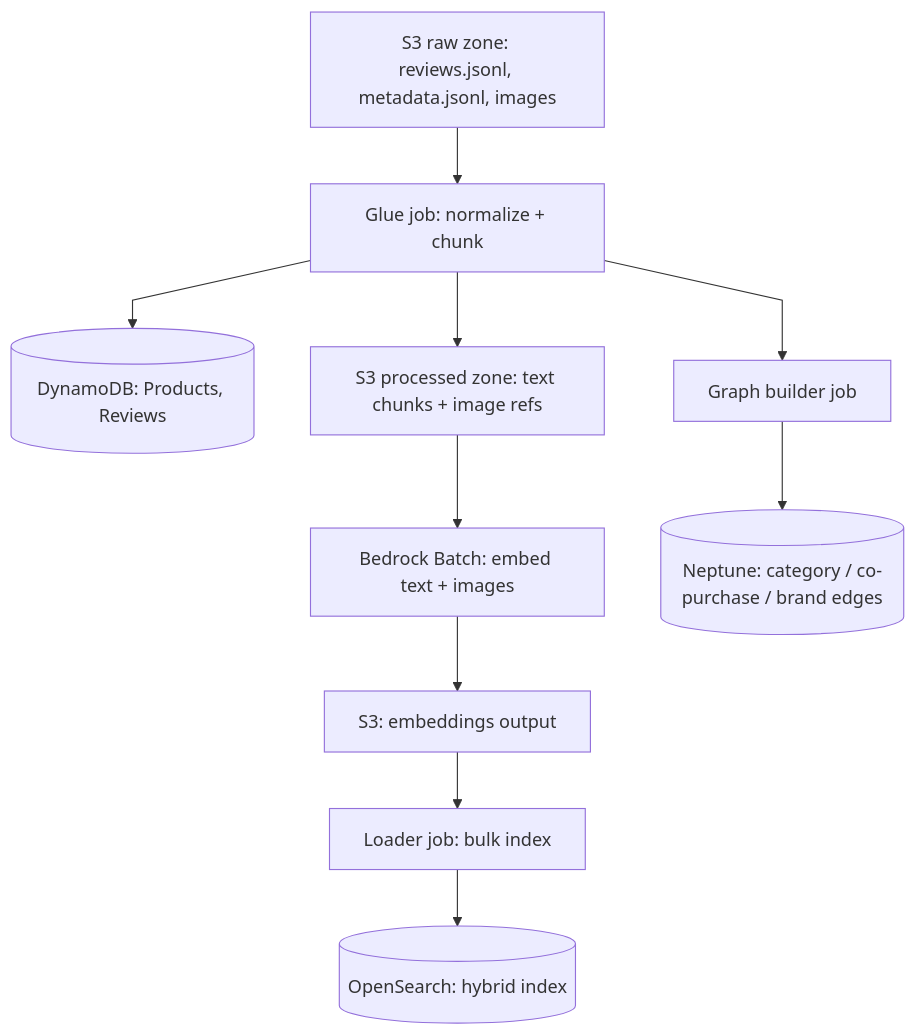
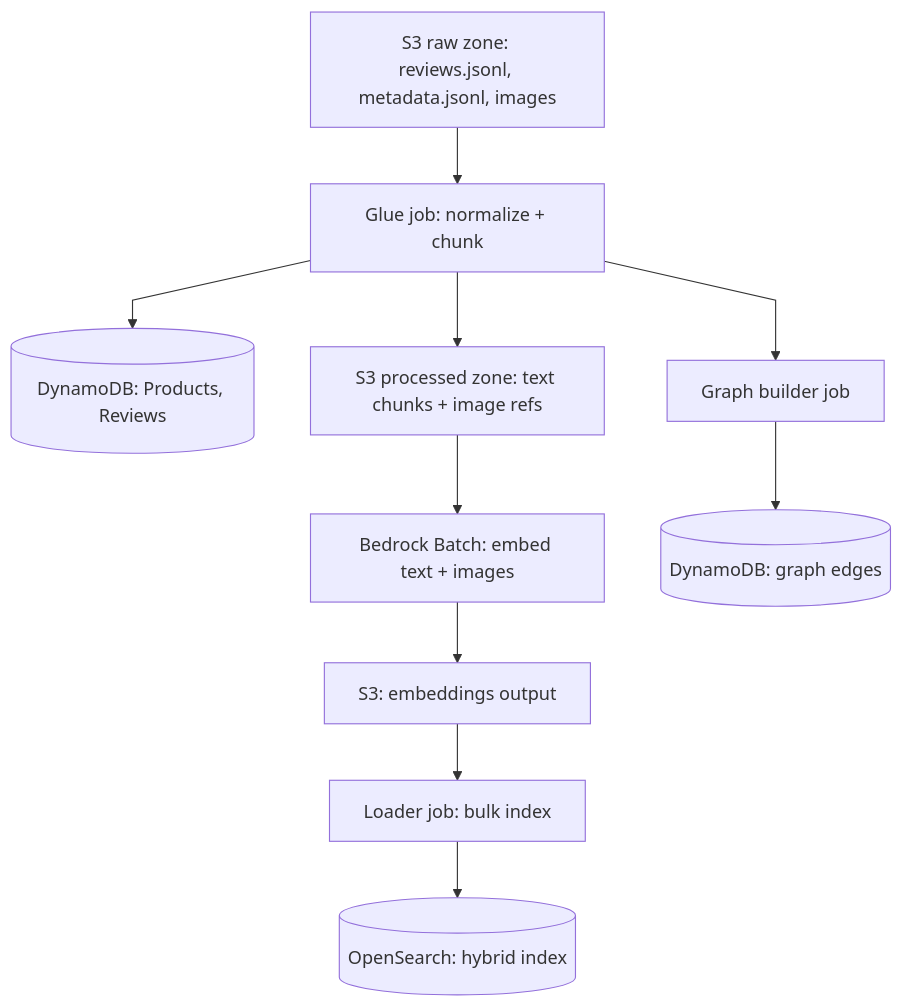
The diagram in docs/designs/01-ingestion-pipeline.md (Swati32/RAG-Multimodal-Ecommerce), drawn with Mermaid before and after one commit. The commit also changed other lines of this file and 9 other files, not shown here.

First line of the commit message:
Drop Neptune for DynamoDB adjacency-list graph; deploy and load Phase 1

````diff
--- a/docs/designs/01-ingestion-pipeline.md
+++ b/docs/designs/01-ingestion-pipeline.md
@@ -11,13 +11,13 @@
 ```mermaid
 %%{init: {'flowchart': {'curve': 'linear'}}}%%
 flowchart TD
     A[S3 raw zone: reviews.jsonl, metadata.jsonl, images] --> B[Glue job: normalize + chunk]
     B --> C[(DynamoDB: Products, Reviews)]
     B --> D[S3 processed zone: text chunks + image refs]
     D --> E[Bedrock Batch: embed text + images]
     E --> F[S3: embeddings output]
     F --> G[Loader job: bulk index]
     G --> H[(OpenSearch: hybrid index)]
     B --> I[Graph builder job]
-    I --> J[(Neptune: category / co-purchase / brand edges)]
+    I --> J[(DynamoDB: graph edges)]
 ```
````
